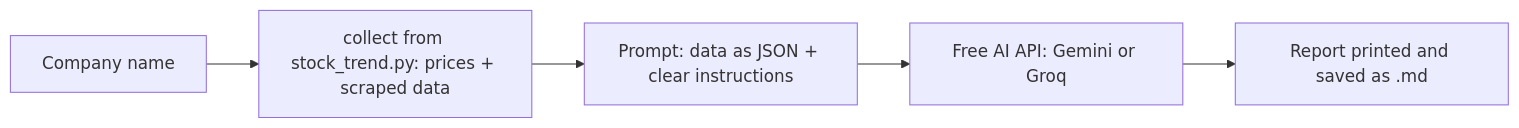
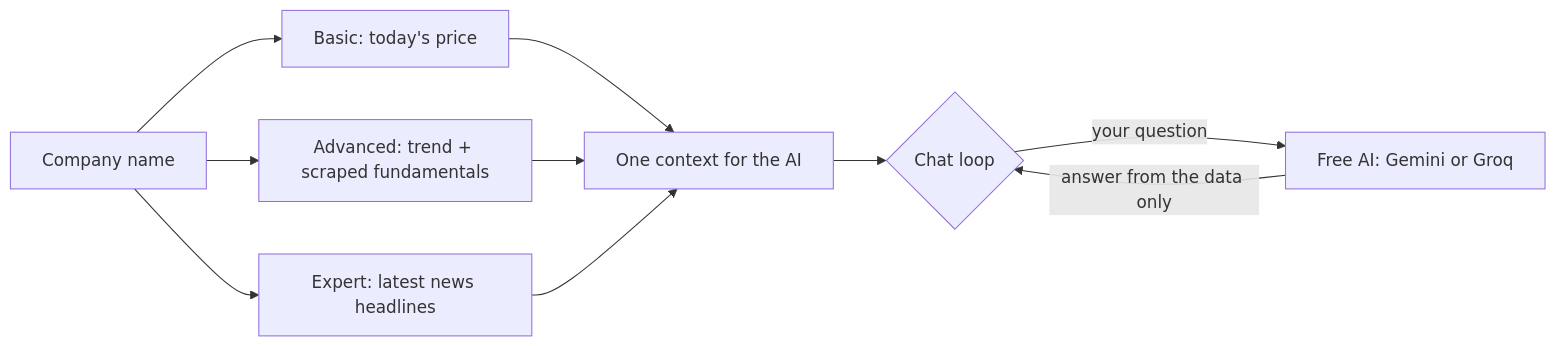
Before and after one commit to PrajwalAIProject/rpa-ai-workshop: the diagram in 01-stock-market-analyzer/expert/README.md, drawn with Mermaid. The commit also changed other lines of this file and 9 other files, not shown here.

First line of the commit message:
Project 1 expert: turn the AI report into a company chatbot

````diff
--- a/01-stock-market-analyzer/expert/README.md
+++ b/01-stock-market-analyzer/expert/README.md
@@ -11,7 +26,10 @@
 ```mermaid
 flowchart LR
-    A[Company name] --> B[collect from stock_trend.py: prices + scraped data]
-    B --> C[Prompt: data as JSON + clear instructions]
-    C --> D[Free AI API: Gemini or Groq]
-    D --> E[Report printed and saved as .md]
+    A[Company name] --> B[Basic: today's price]
+    A --> C[Advanced: trend + scraped fundamentals]
+    A --> D[Expert: latest news headlines]
+    B & C & D --> E[One context for the AI]
+    E --> F{Chat loop}
+    F -->|your question| G[Free AI: Gemini or Groq]
+    G -->|answer from the data only| F
 ```
````
